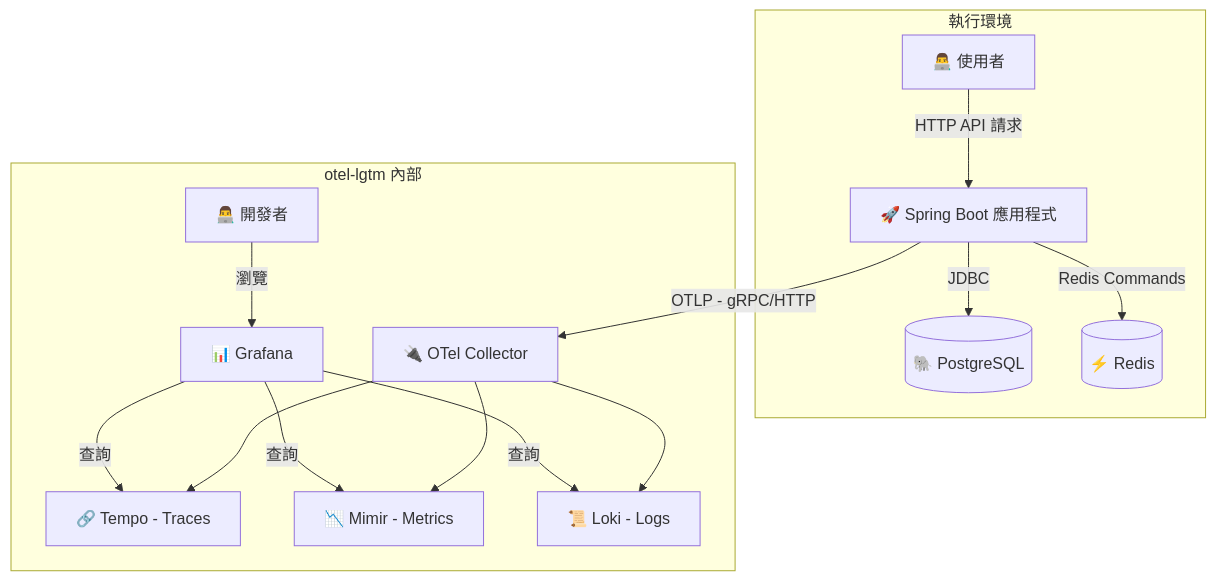
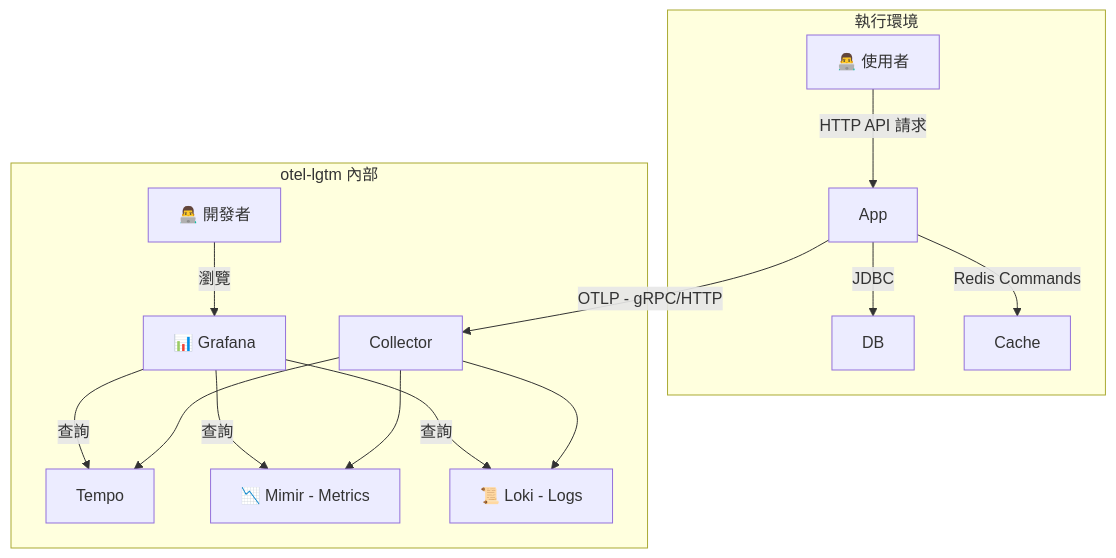
One commit to samzhu/demo-springboot-250613 changed the second of 4 diagrams in README.md. Above: the diagram before and after it, drawn with Mermaid. The commit also changed other lines of this file, not shown here.

Commit message:
擴充 README.md 文件，更新專案簡介與目標，強調開發者手冊的目的及內容，並新增軟體分層架構的視覺化圖示，詳細說明專案的技術棧與關鍵套件，提升可讀性與實用性。

````diff
--- a/README.md
+++ b/README.md
@@ -728,30 +743,30 @@
 ```mermaid
 graph TD
     subgraph "執行環境"
         User[👨‍💻 使用者]
-        App[🚀 Spring Boot 應用程式]
-        DB[(🐘 PostgreSQL)]
-        Cache[(⚡ Redis)]
+        App
+        DB
+        Cache
     end
-    
+
     subgraph "otel-lgtm 內部"
         Developer[👨‍💻 開發者]
         Grafana[📊 Grafana]
-        Tempo[🔗 Tempo - Traces]
+        Tempo
         Mimir[📉 Mimir - Metrics]
         Loki[📜 Loki - Logs]
-        Collector[🔌 OTel Collector]
+        Collector
     end
-    
+
     User -->|HTTP API 請求| App
     App -->|JDBC| DB
     App -->|Redis Commands| Cache
     App -->|OTLP - gRPC/HTTP| Collector
     Collector --> Tempo
     Collector --> Mimir
     Collector --> Loki
     Grafana -->|查詢| Tempo
     Grafana -->|查詢| Mimir
     Grafana -->|查詢| Loki
     Developer -->|瀏覽| Grafana
 ```
````
